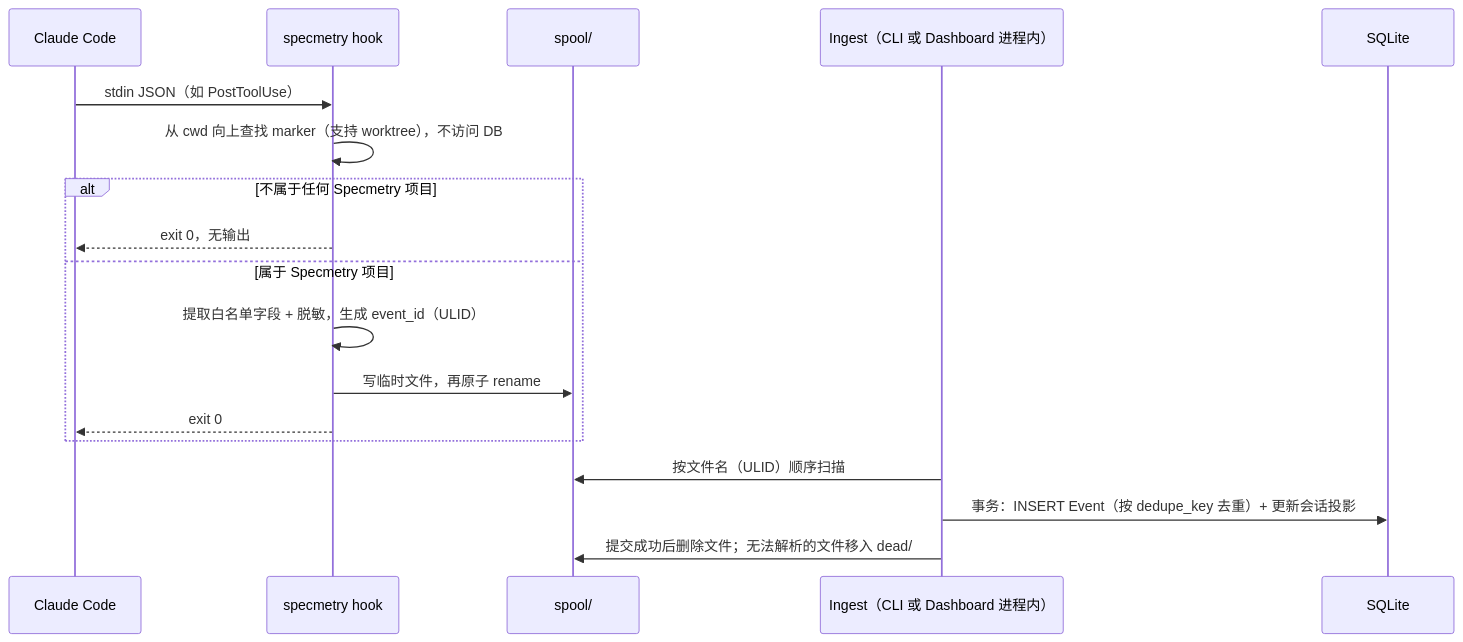
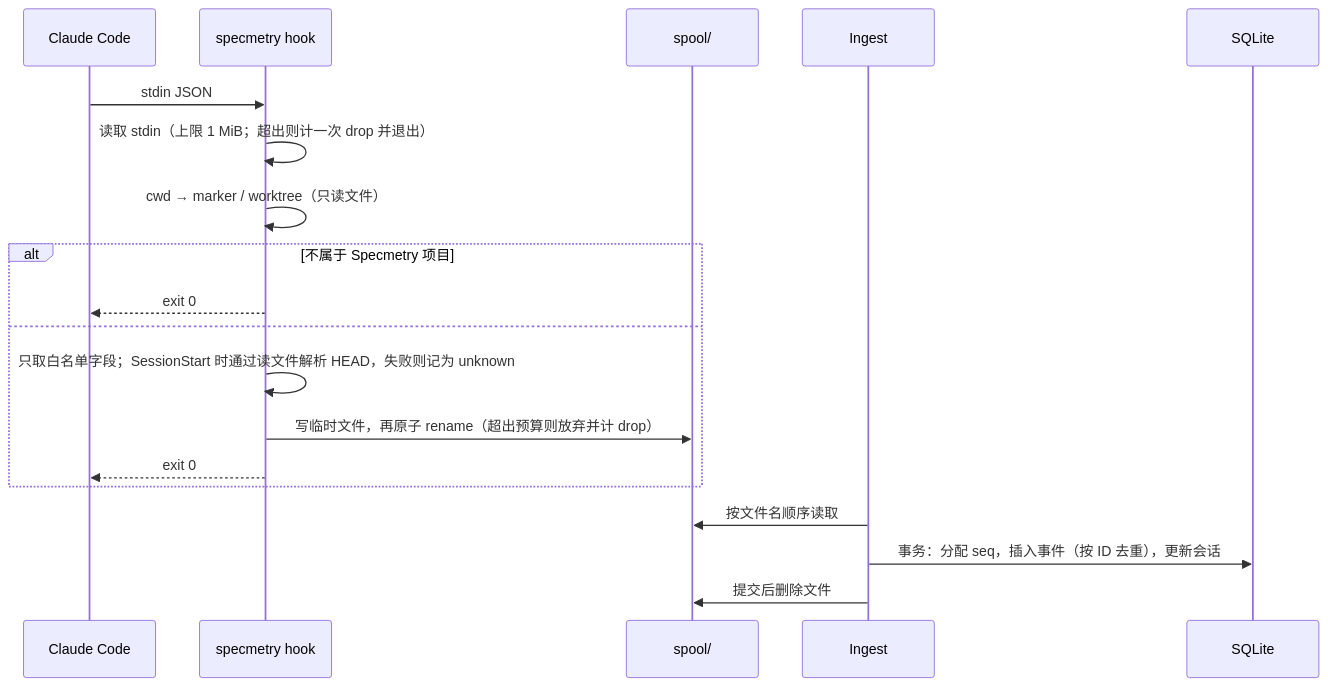
One commit to XKHoshizora/specmetry changed the third of 3 diagrams in docs/architecture.md. Above: the diagram before and after it, drawn with Mermaid. The commit also changed other lines of this file and 46 other files, not shown here.

````diff
--- a/docs/architecture.md
+++ b/docs/architecture.md
@@ -161,21 +174,22 @@
 ```mermaid
 sequenceDiagram
     participant CC as Claude Code
     participant H as specmetry hook
     participant SP as spool/
-    participant IG as Ingest（CLI 或 Dashboard 进程内）
+    participant IG as Ingest
     participant DB as SQLite
 
-    CC->>H: stdin JSON（如 PostToolUse）
-    H->>H: 从 cwd 向上查找 marker（支持 worktree），不访问 DB
-    alt 不属于任何 Specmetry 项目
-        H-->>CC: exit 0，无输出
-    else 属于 Specmetry 项目
-        H->>H: 提取白名单字段 + 脱敏，生成 event_id（ULID）
-        H->>SP: 写临时文件，再原子 rename
+    CC->>H: stdin JSON
+    H->>H: 读取 stdin（上限 1 MiB；超出则计一次 drop 并退出）
+    H->>H: cwd → marker / worktree（只读文件）
+    alt 不属于 Specmetry 项目
+        H-->>CC: exit 0
+    else
+        H->>H: 只取白名单字段；SessionStart 时通过读文件解析 HEAD，失败则记为 unknown
+        H->>SP: 写临时文件，再原子 rename（超出预算则放弃并计 drop）
         H-->>CC: exit 0
     end
-    IG->>SP: 按文件名（ULID）顺序扫描
-    IG->>DB: 事务：INSERT Event（按 dedupe_key 去重）+ 更新会话投影
-    IG->>SP: 提交成功后删除文件；无法解析的文件移入 dead/
+    IG->>SP: 按文件名顺序读取
+    IG->>DB: 事务：分配 seq，插入事件（按 ID 去重），更新会话
+    IG->>SP: 提交后删除文件
 ```
````
